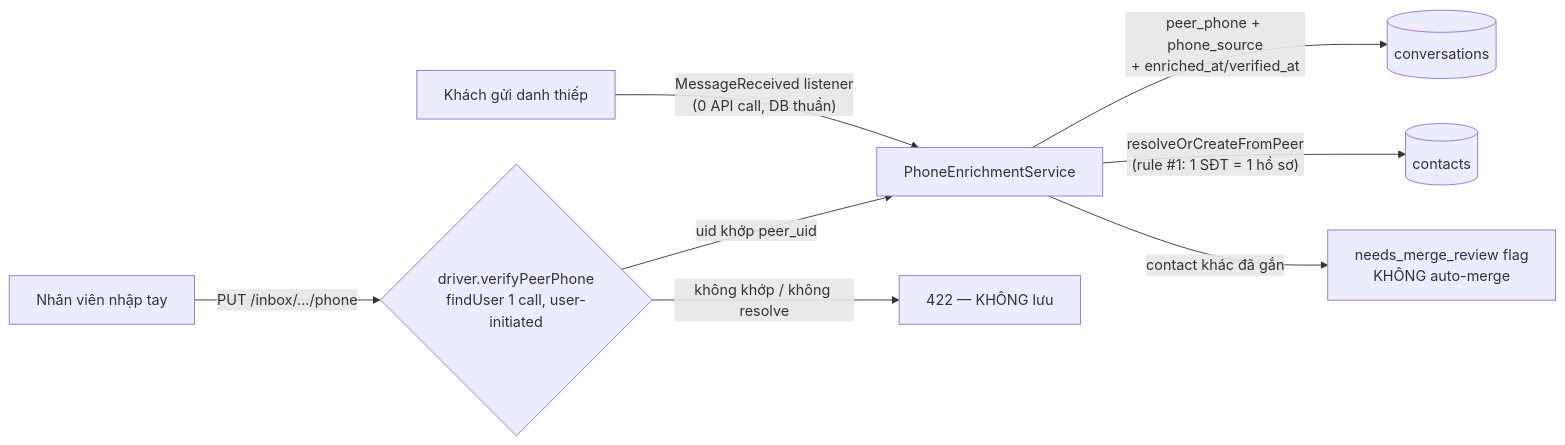
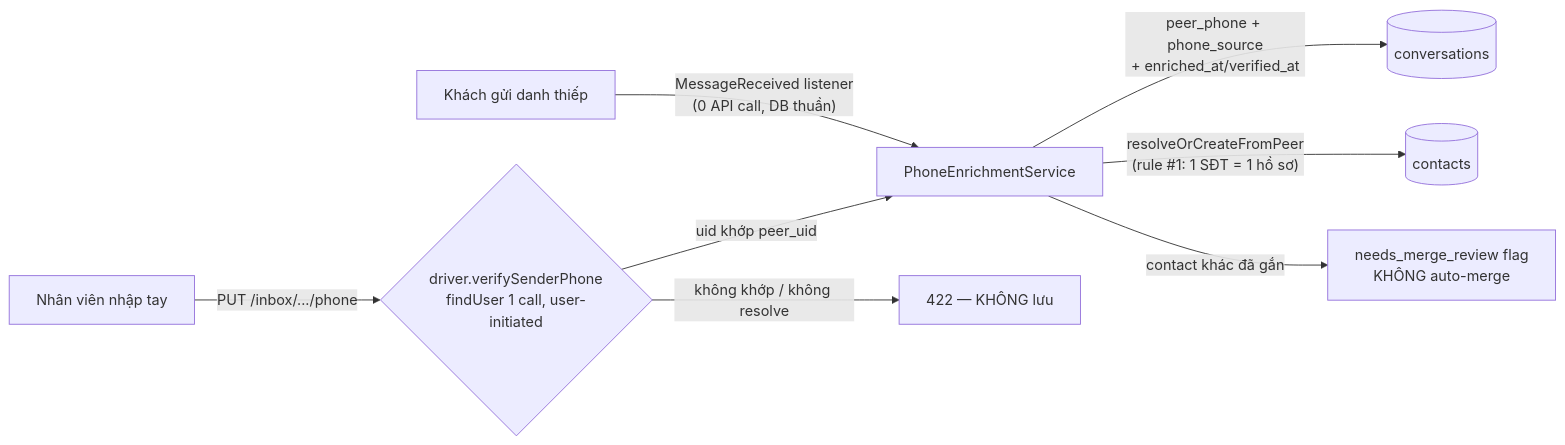
The diagram in docs/features/messaging/phone-enrichment.md (locdev-2001/yona), drawn with Mermaid before and after one commit. The commit also changed other lines of this file and 13 other files, not shown here.

````diff
--- a/docs/features/messaging/phone-enrichment.md
+++ b/docs/features/messaging/phone-enrichment.md
@@ -9,10 +9,10 @@
 ```mermaid
 flowchart LR
     BC[Khách gửi danh thiếp] -->|"MessageReceived listener<br/>(0 API call, DB thuần)"| PE[PhoneEnrichmentService]
-    MAN[Nhân viên nhập tay] -->|"PUT /inbox/.../phone"| V{driver.verifyPeerPhone<br/>findUser 1 call, user-initiated}
+    MAN[Nhân viên nhập tay] -->|"PUT /inbox/.../phone"| V{driver.verifySenderPhone<br/>findUser 1 call, user-initiated}
     V -->|uid khớp peer_uid| PE
     V -->|không khớp / không resolve| X[422 — KHÔNG lưu]
     PE -->|"peer_phone + phone_source<br/>+ enriched_at/verified_at"| C[(conversations)]
     PE -->|"resolveOrCreateFromPeer<br/>(rule #1: 1 SĐT = 1 hồ sơ)"| CT[(contacts)]
     PE -->|contact khác đã gắn| MR[needs_merge_review flag<br/>KHÔNG auto-merge]
 ```
````
